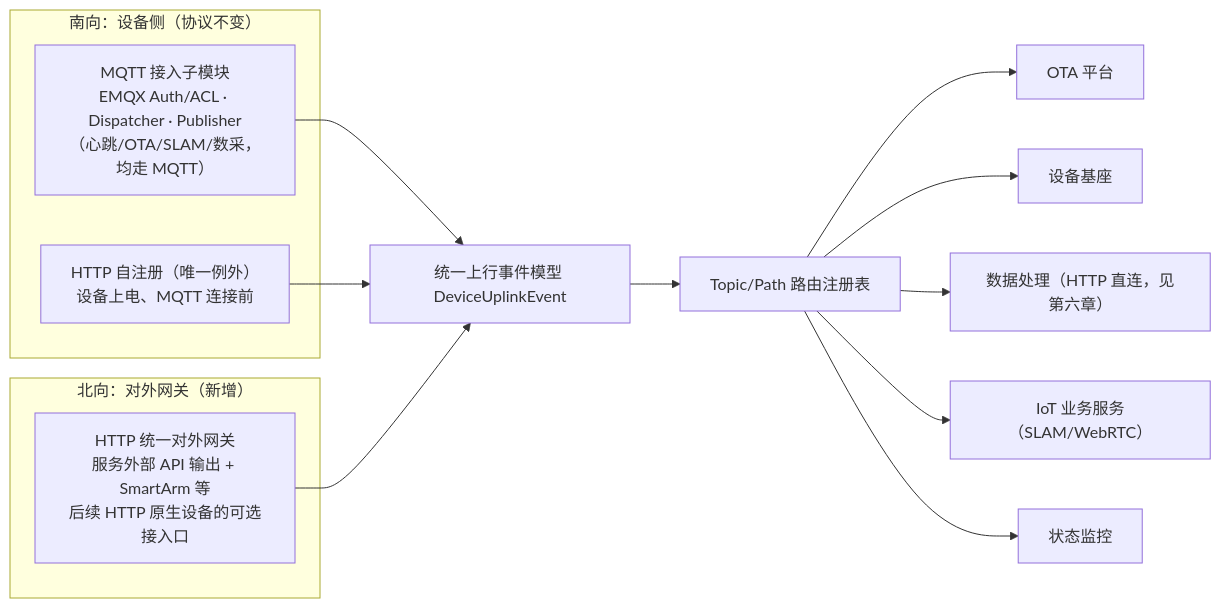
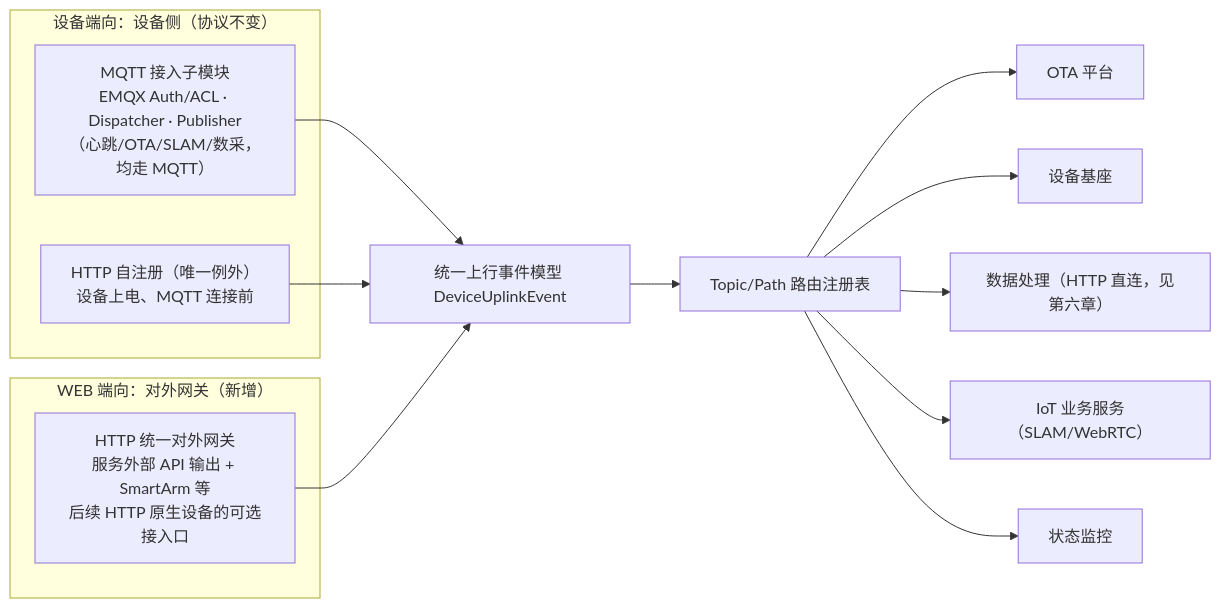
Before and after one commit to zhenyue2021/realman: the second of 2 diagrams in docs/design/2026-07-07-darwin-platform-v2-capability-bus-and-comm-hub.md, drawn with Mermaid. The commit also changed other lines of this file, not shown here.

````diff
--- a/docs/design/2026-07-07-darwin-platform-v2-capability-bus-and-comm-hub.md
+++ b/docs/design/2026-07-07-darwin-platform-v2-capability-bus-and-comm-hub.md
@@ -222,22 +219,22 @@
 ```mermaid
 flowchart LR
-  subgraph south["南向：设备侧（协议不变）"]
+  subgraph south["设备端向：设备侧（协议不变）"]
     MQTTIN["MQTT 接入子模块\nEMQX Auth/ACL · Dispatcher · Publisher\n（心跳/OTA/SLAM/数采，均走 MQTT）"]
     PROVISION["HTTP 自注册（唯一例外）\n设备上电、MQTT 连接前"]
   end
-  subgraph north["北向：对外网关（新增）"]
+  subgraph north[" WEB 端向：对外网关（新增）"]
     HTTPGW["HTTP 统一对外网关\n服务外部 API 输出 + SmartArm 等\n后续 HTTP 原生设备的可选接入口"]
   end
   NORM["统一上行事件模型 DeviceUplinkEvent"]
   ROUTE["Topic/Path 路由注册表"]
 
   MQTTIN --> NORM
   PROVISION --> NORM
   HTTPGW --> NORM
   NORM --> ROUTE
   ROUTE --> OTA["OTA 平台"]
   ROUTE --> DEVMGMT["设备基座"]
   ROUTE --> DP["数据处理（HTTP 直连，见第六章）"]
   ROUTE --> IOT["IoT 业务服务（SLAM/WebRTC）"]
   ROUTE --> MON["状态监控"]
 ```
````
